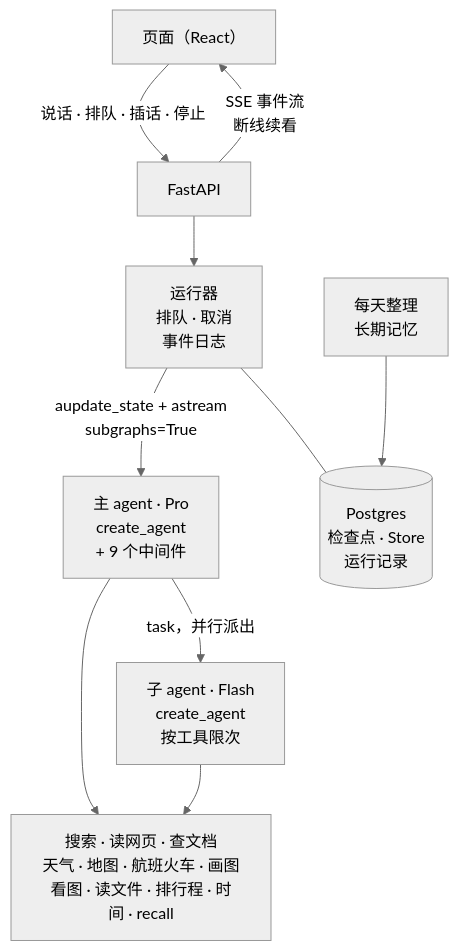
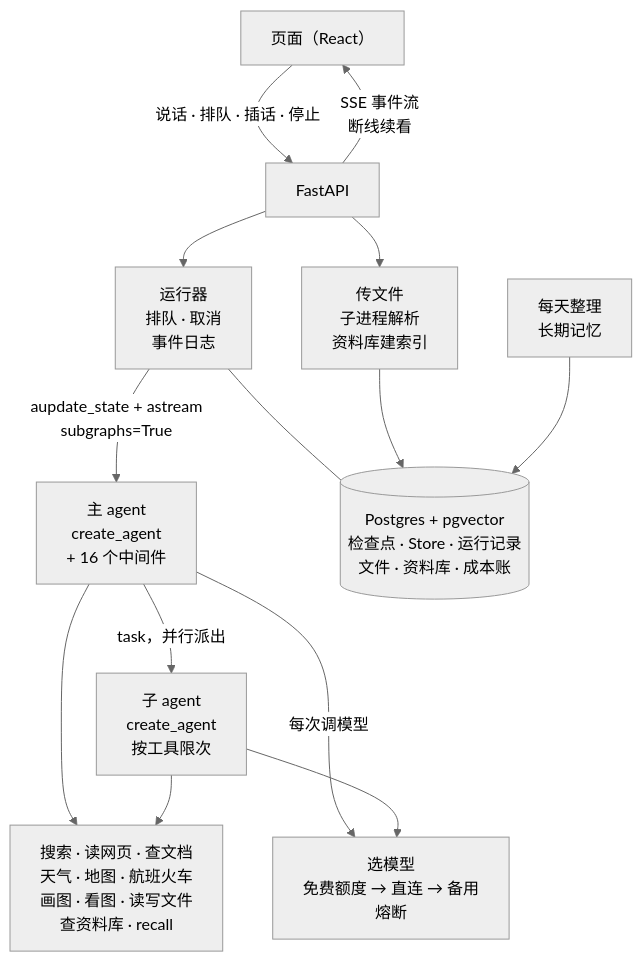
One commit to HyxiaoGe/LingDraft changed the diagram in README.md. Above: the diagram before and after it, drawn with Mermaid (neutral theme). The commit also changed other lines of this file and 3 other files, not shown here.

First line of the commit message:
docs: README 跟上现在的功能，换新截图

````diff
--- a/README.md
+++ b/README.md
@@ -11,12 +11,16 @@
 ```mermaid
 flowchart TB
     UI["页面（React）"] -- "说话 · 排队 · 插话 · 停止" --> API["FastAPI"]
     API -- "SSE 事件流<br/>断线续看" --> UI
     API --> Runner["运行器<br/>排队 · 取消<br/>事件日志"]
-    Runner -- "aupdate_state + astream<br/>subgraphs=True" --> Main["主 agent · Pro<br/>create_agent<br/>+ 9 个中间件"]
-    Main -- "task，并行派出" --> Sub["子 agent · Flash<br/>create_agent<br/>按工具限次"]
-    Main --> Tools["搜索 · 读网页 · 查文档<br/>天气 · 地图 · 航班火车 · 画图<br/>看图 · 读文件 · 排行程 · 时间 · recall"]
+    API --> Parse["传文件<br/>子进程解析<br/>资料库建索引"]
+    Runner -- "aupdate_state + astream<br/>subgraphs=True" --> Main["主 agent<br/>create_agent<br/>+ 16 个中间件"]
+    Main -- "task，并行派出" --> Sub["子 agent<br/>create_agent<br/>按工具限次"]
+    Main --> Tools["搜索 · 读网页 · 查文档<br/>天气 · 地图 · 航班火车<br/>画图 · 看图 · 读写文件<br/>查资料库 · recall"]
     Sub --> Tools
-    Runner --- PG[("Postgres<br/>检查点 · Store<br/>运行记录")]
+    Main -- "每次调模型" --> Models["选模型<br/>免费额度 → 直连 → 备用<br/>熔断"]
+    Sub --> Models
+    Runner --- PG[("Postgres + pgvector<br/>检查点 · Store · 运行记录<br/>文件 · 资料库 · 成本账")]
+    Parse --> PG
     Dream["每天整理<br/>长期记忆"] --> PG
 ```
````
